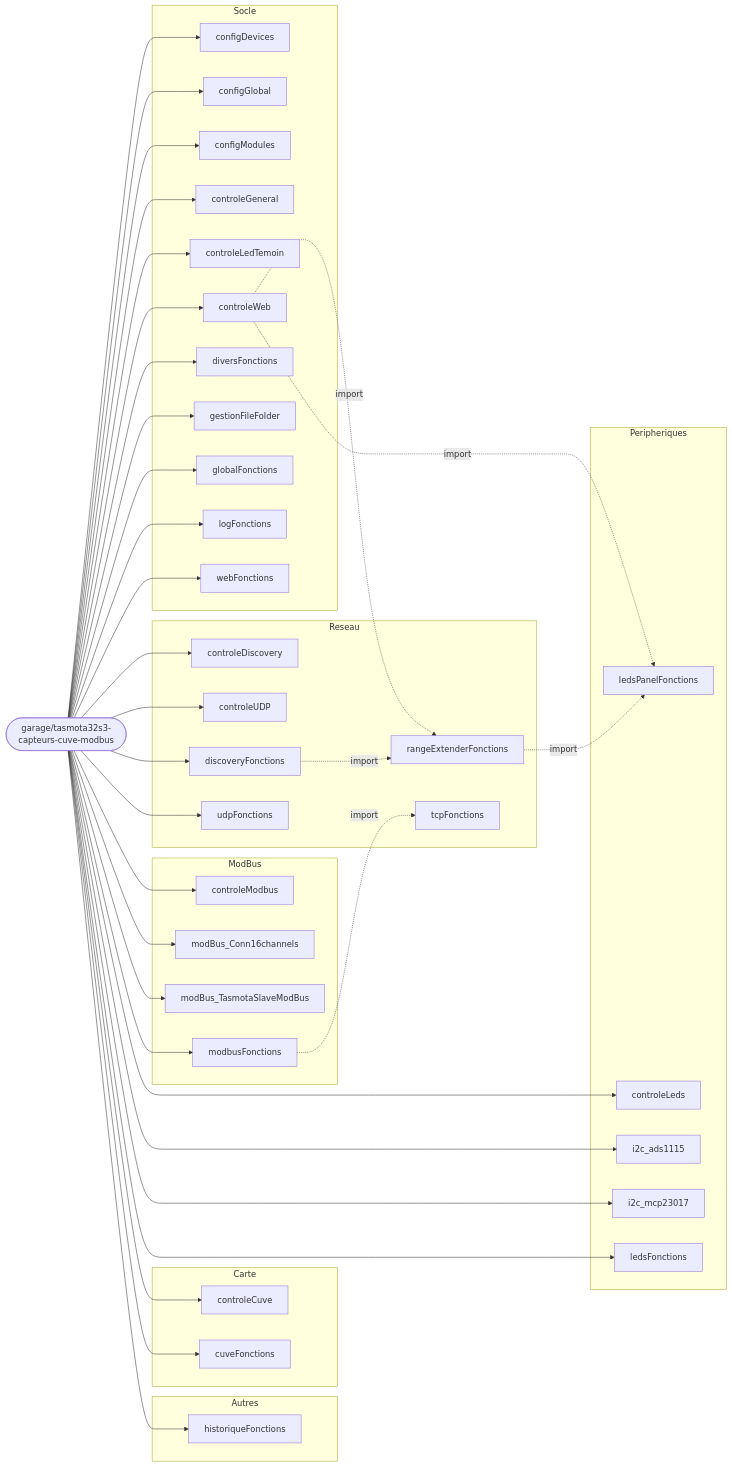
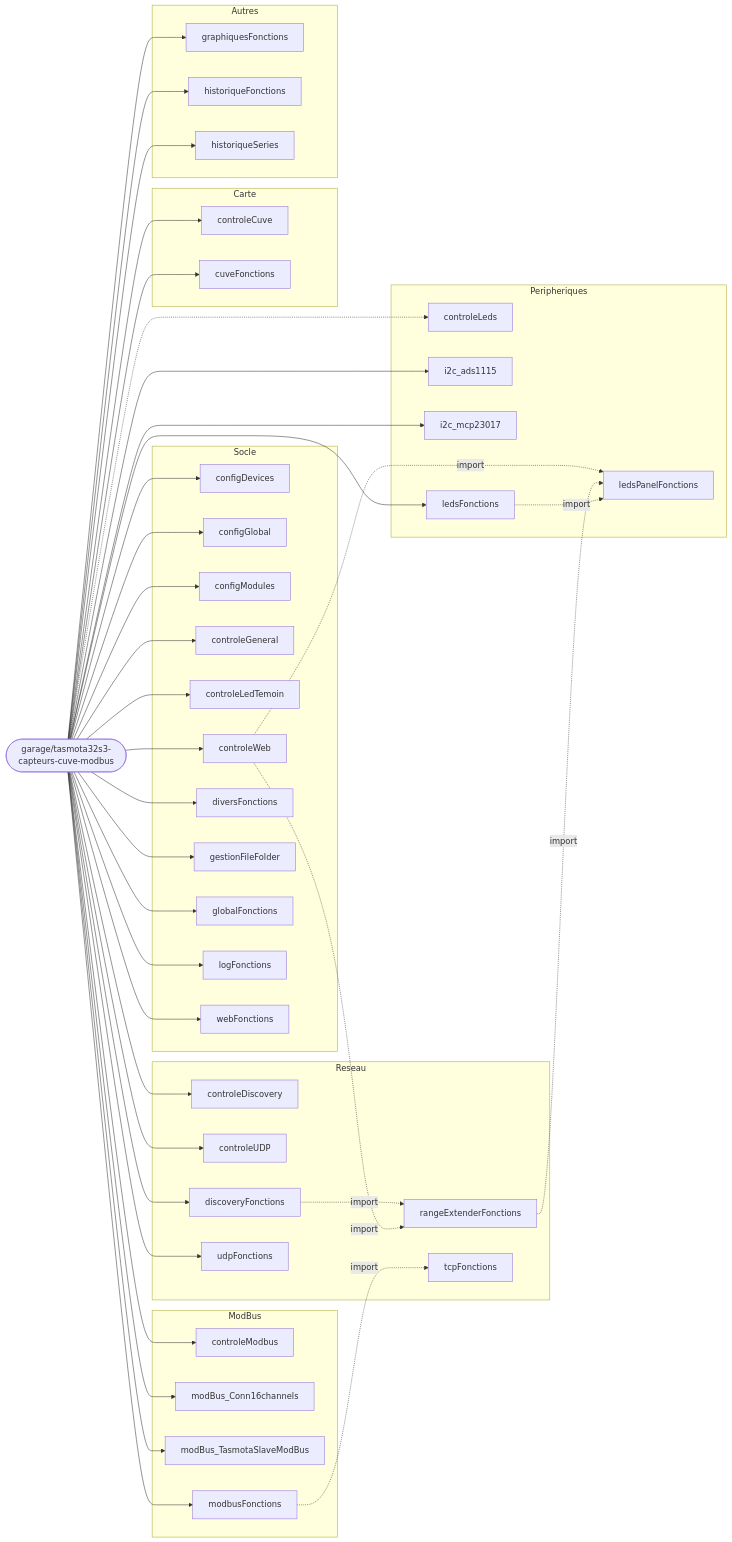
The sixth of 8 diagrams in outils_docs/CARTE_MODULES_BERRY.md (fdaubercy/Tasmota), drawn with Mermaid before and after one commit. The commit also changed other lines of this file and 1 other file, not shown here.

First line of the commit message:
docs(solidification): pieges 12 et 13, carte des modules regeneree

````diff
--- a/outils_docs/CARTE_MODULES_BERRY.md
+++ b/outils_docs/CARTE_MODULES_BERRY.md
@@ -480,76 +494,81 @@
 ```mermaid
 flowchart LR
     CARTE(["garage/tasmota32s3-capteurs-cuve-modbus"])
     subgraph g_Socle["Socle"]
         m_configDevices["configDevices"]
         m_configGlobal["configGlobal"]
         m_configModules["configModules"]
         m_controleGeneral["controleGeneral"]
         m_controleLedTemoin["controleLedTemoin"]
         m_controleWeb["controleWeb"]
         m_diversFonctions["diversFonctions"]
         m_gestionFileFolder["gestionFileFolder"]
         m_globalFonctions["globalFonctions"]
         m_logFonctions["logFonctions"]
         m_webFonctions["webFonctions"]
     end
     subgraph g_Reseau["Reseau"]
         m_controleDiscovery["controleDiscovery"]
         m_controleUDP["controleUDP"]
         m_discoveryFonctions["discoveryFonctions"]
         m_rangeExtenderFonctions["rangeExtenderFonctions"]
         m_tcpFonctions["tcpFonctions"]
         m_udpFonctions["udpFonctions"]
     end
     subgraph g_ModBus["ModBus"]
         m_controleModbus["controleModbus"]
         m_modBus_Conn16channels["modBus_Conn16channels"]
         m_modBus_TasmotaSlaveModBus["modBus_TasmotaSlaveModBus"]
         m_modbusFonctions["modbusFonctions"]
     end
     subgraph g_Peripheriques["Peripheriques"]
         m_controleLeds["controleLeds"]
         m_i2c_ads1115["i2c_ads1115"]
         m_i2c_mcp23017["i2c_mcp23017"]
         m_ledsFonctions["ledsFonctions"]
         m_ledsPanelFonctions["ledsPanelFonctions"]
     end
     subgraph g_Carte["Carte"]
         m_controleCuve["controleCuve"]
         m_cuveFonctions["cuveFonctions"]
     end
     subgraph g_Autres["Autres"]
+        m_graphiquesFonctions["graphiquesFonctions"]
         m_historiqueFonctions["historiqueFonctions"]
+        m_historiqueSeries["historiqueSeries"]
     end
     CARTE --> m_configDevices
     CARTE --> m_configGlobal
     CARTE --> m_configModules
     CARTE --> m_controleGeneral
     CARTE --> m_controleLedTemoin
     CARTE --> m_controleWeb
     CARTE --> m_diversFonctions
     CARTE --> m_gestionFileFolder
     CARTE --> m_globalFonctions
     CARTE --> m_logFonctions
     CARTE --> m_webFonctions
     CARTE --> m_controleDiscovery
     CARTE --> m_controleUDP
     CARTE --> m_discoveryFonctions
+    m_discoveryFonctions -.->|import| m_rangeExtenderFonctions
     m_controleWeb -.->|import| m_rangeExtenderFonctions
-    m_discoveryFonctions -.->|import| m_rangeExtenderFonctions
     m_modbusFonctions -.->|import| m_tcpFonctions
     CARTE --> m_udpFonctions
     CARTE --> m_controleModbus
     CARTE --> m_modBus_Conn16channels
     CARTE --> m_modBus_TasmotaSlaveModBus
     CARTE --> m_modbusFonctions
-    CARTE --> m_controleLeds
+    CARTE -.-> m_controleLeds
     CARTE --> m_i2c_ads1115
     CARTE --> m_i2c_mcp23017
     CARTE --> m_ledsFonctions
+    m_controleWeb -.->|import| m_ledsPanelFonctions
     m_rangeExtenderFonctions -.->|import| m_ledsPanelFonctions
-    m_controleWeb -.->|import| m_ledsPanelFonctions
+    m_ledsFonctions -.->|import| m_ledsPanelFonctions
     CARTE --> m_controleCuve
     CARTE --> m_cuveFonctions
+    CARTE --> m_graphiquesFonctions
     CARTE --> m_historiqueFonctions
+    CARTE --> m_historiqueSeries
 ```
````
